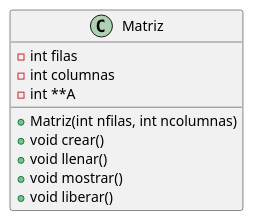
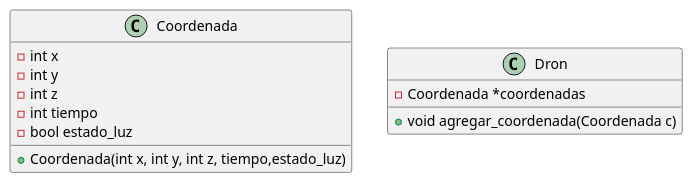
The diagram in TP1/diag3.puml (patriciowelch/TPSPOO), drawn with PlantUML before and after one commit. The commit also changed 5 other files, not shown here.

```diff
--- a/TP1/diag3.puml
+++ b/TP1/diag3.puml
@@ -1,14 +1,15 @@
-@startuml diagramaEJ1
-
-class Matriz {
-    -int filas
-    -int columnas
-    -int **A
-    +Matriz(int nfilas, int ncolumnas)
-    +void crear()
-    +void llenar()
-    +void mostrar()
-    +void liberar()
+@startuml Ejercicio3
+class Coordenada{
+    -int x
+    -int y
+    -int z
+    -int tiempo
+    -bool estado_luz
+    +Coordenada(int x, int y, int z, tiempo,estado_luz)
 }
 
+class Dron{
+    -Coordenada *coordenadas
+    +void agregar_coordenada(Coordenada c)
+}
 @enduml
```
